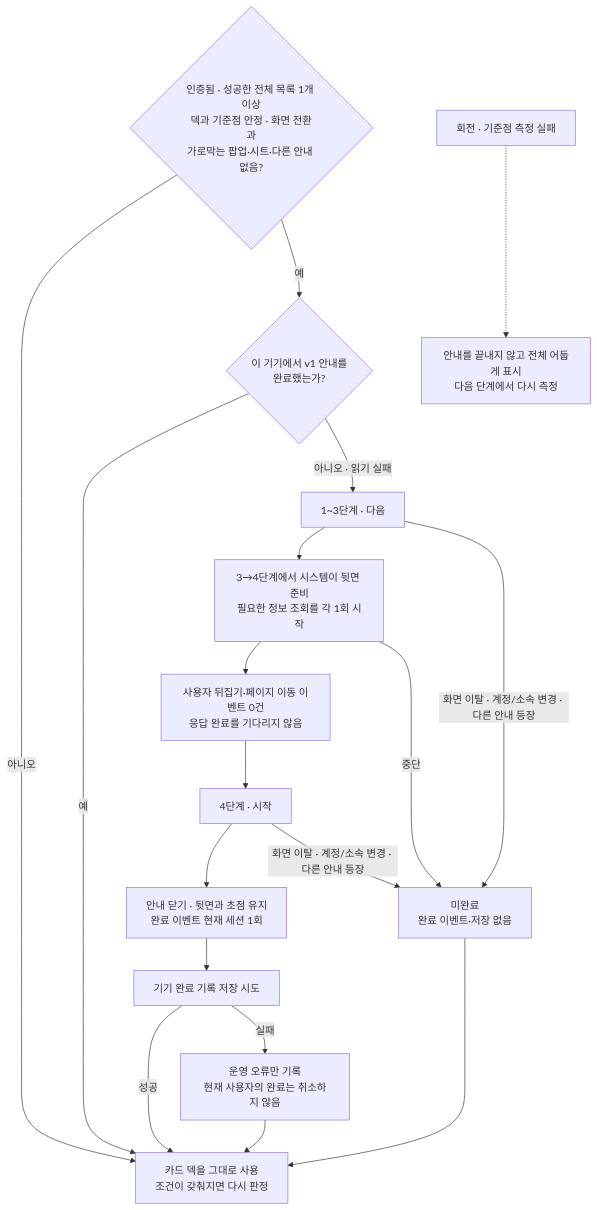
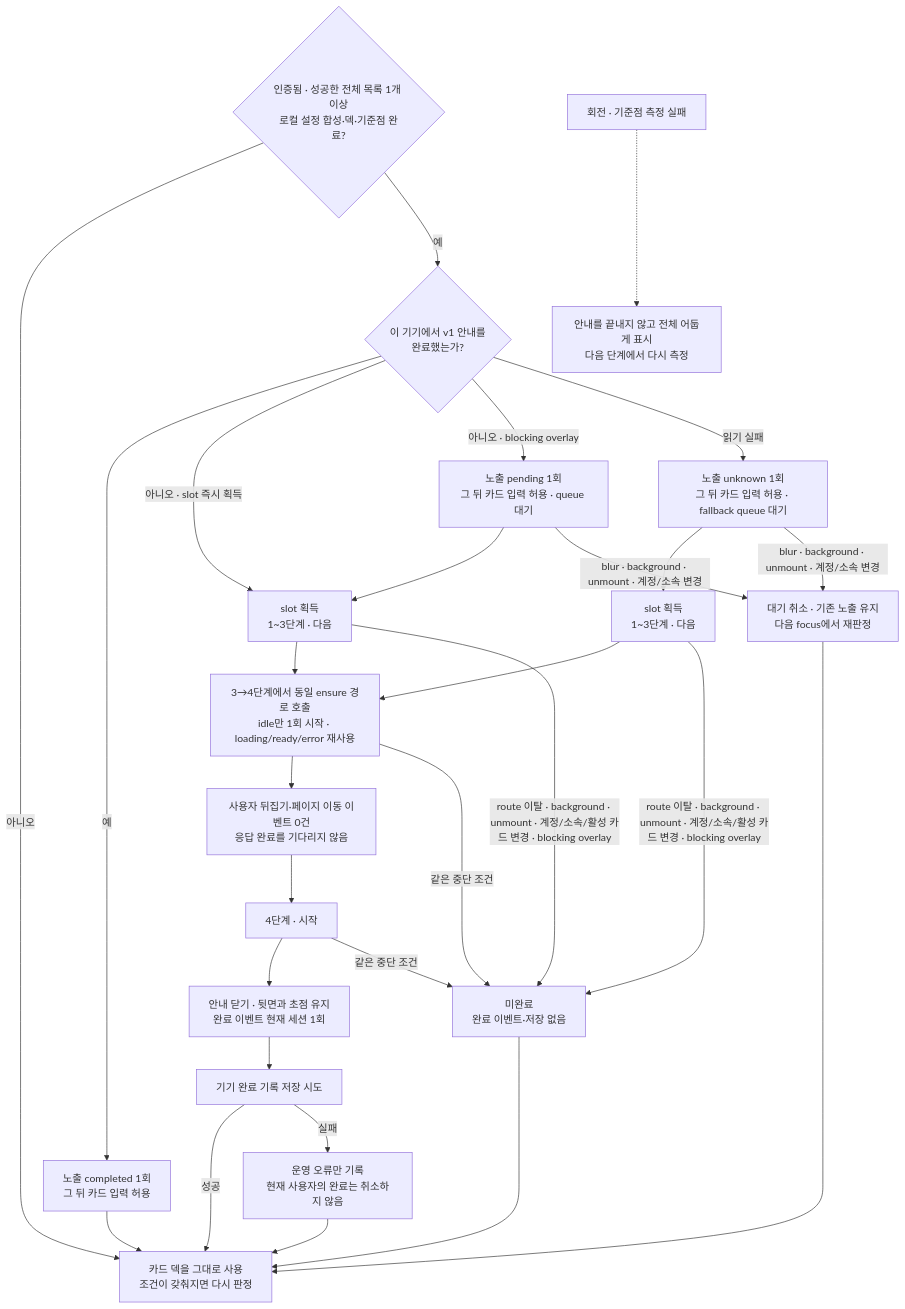
The sixth of 8 diagrams in docs/prd/group/features/02-my-groups/low-level-design.md (OneOrThree/phone), drawn with Mermaid before and after one commit. The commit also changed other lines of this file and 21 other files, not shown here.

````diff
--- a/docs/prd/group/features/02-my-groups/low-level-design.md
+++ b/docs/prd/group/features/02-my-groups/low-level-design.md
@@ -170,24 +210,34 @@
 ```mermaid
 flowchart TD
-    Eligible{"인증됨 · 성공한 전체 목록 1개 이상<br/>덱과 기준점 안정 · 화면 전환과<br/>가로막는 팝업·시트·다른 안내 없음?"}
+    Eligible{"인증됨 · 성공한 전체 목록 1개 이상<br/>로컬 설정 합성·덱·기준점 완료?"}
     Eligible -->|아니오| Deck["카드 덱을 그대로 사용<br/>조건이 갖춰지면 다시 판정"]
     Eligible -->|예| Stored{"이 기기에서 v1 안내를<br/>완료했는가?"}
-    Stored -->|예| Deck
-    Stored -->|아니오 · 읽기 실패| Guide["1~3단계 · 다음"]
+    Stored -->|예| Completed["노출 completed 1회<br/>그 뒤 카드 입력 허용"]
+    Completed --> Deck
+    Stored -->|아니오 · slot 즉시 획득| Guide["노출 shown 1회<br/>1~3단계 · 다음"]
+    Stored -->|아니오 · blocking overlay| Queued["노출 pending 1회<br/>그 뒤 카드 입력 허용 · queue 대기"]
+    Stored -->|읽기 실패| UnknownQueued["노출 unknown 1회<br/>그 뒤 카드 입력 허용 · fallback queue 대기"]
+    Queued --> Guide["slot 획득<br/>1~3단계 · 다음"]
+    UnknownQueued --> UnknownGuide["slot 획득<br/>1~3단계 · 다음"]
+    Queued -->|blur · background · unmount · 계정/소속 변경| QueueCancelled["대기 취소 · 기존 노출 유지<br/>다음 focus에서 재판정"]
+    UnknownQueued -->|blur · background · unmount · 계정/소속 변경| QueueCancelled
+    QueueCancelled --> Deck
+    UnknownGuide --> Prepare
 
-    Guide --> Prepare["3→4단계에서 시스템이 뒷면 준비<br/>필요한 정보 조회를 각 1회 시작"]
+    Guide --> Prepare["3→4단계에서 동일 ensure 경로 호출<br/>idle만 1회 시작 · loading/ready/error 재사용"]
     Prepare --> NoEvent["사용자 뒤집기·페이지 이동 이벤트 0건<br/>응답 완료를 기다리지 않음"]
     NoEvent --> Step4["4단계 · 시작"]
     Step4 --> Complete["안내 닫기 · 뒷면과 초점 유지<br/>완료 이벤트 현재 세션 1회"]
     Complete --> Persist["기기 완료 기록 저장 시도"]
     Persist -->|성공| Deck
     Persist -->|실패| WriteFail["운영 오류만 기록<br/>현재 사용자의 완료는 취소하지 않음"]
     WriteFail --> Deck
 
-    Guide -->|화면 이탈 · 계정/소속 변경 · 다른 안내 등장| Interrupted["미완료<br/>완료 이벤트·저장 없음"]
-    Prepare -->|중단| Interrupted
-    Step4 -->|화면 이탈 · 계정/소속 변경 · 다른 안내 등장| Interrupted
+    Guide -->|route 이탈 · background · unmount · 계정/소속/활성 카드 변경 · blocking overlay| Interrupted["미완료<br/>완료 이벤트·저장 없음"]
+    UnknownGuide -->|route 이탈 · background · unmount · 계정/소속/활성 카드 변경 · blocking overlay| Interrupted
+    Prepare -->|같은 중단 조건| Interrupted
+    Step4 -->|같은 중단 조건| Interrupted
     Interrupted --> Deck
 
     Layout["회전 · 기준점 측정 실패"] -.-> Fallback["안내를 끝내지 않고 전체 어둡게 표시<br/>다음 단계에서 다시 측정"]
 ```
````
